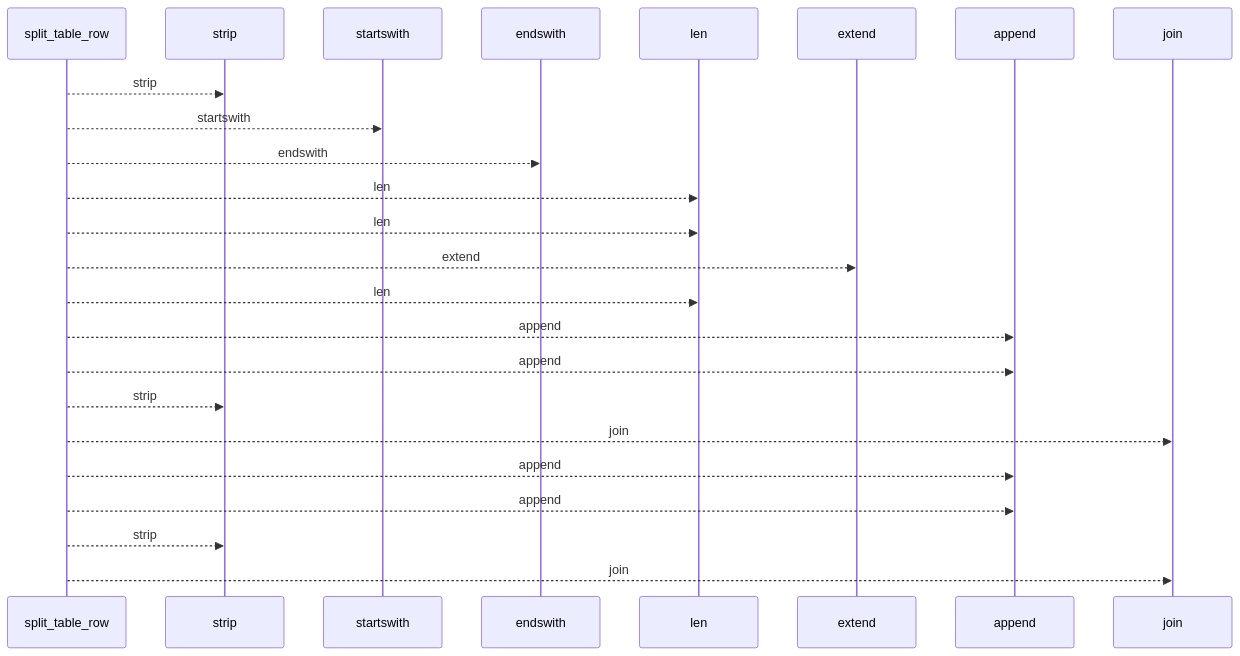
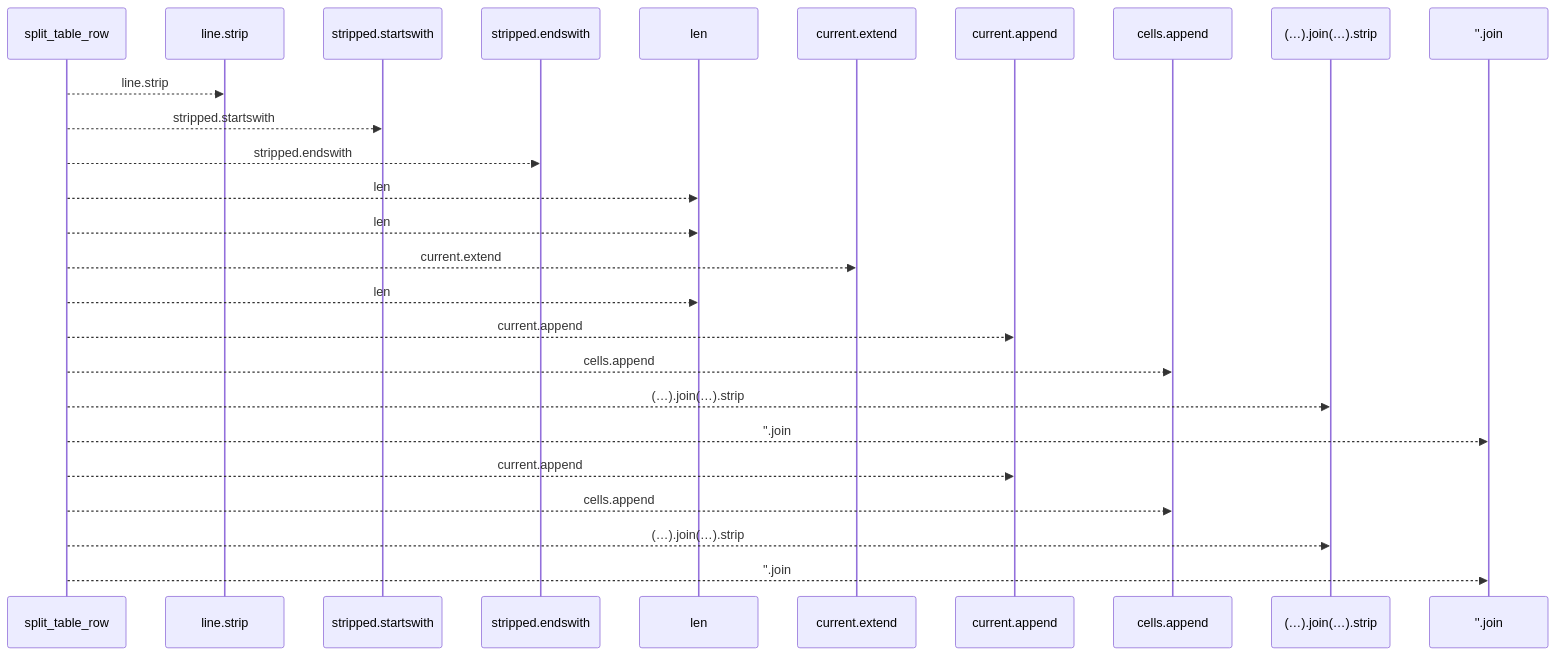
One commit to Denissvgn/python-wiki-llm changed the first of 2 diagrams in docs/llm_wiki/flows/api-split_table_row.md. Above: the diagram before and after it, drawn with Mermaid. The commit also changed other lines of this file and 719 other files, not shown here.

````diff
--- a/docs/llm_wiki/flows/api-split_table_row.md
+++ b/docs/llm_wiki/flows/api-split_table_row.md
@@ -10,26 +10,28 @@
 ```mermaid
 sequenceDiagram
     participant p0 as split_table_row
-    participant p1 as strip
-    participant p2 as startswith
-    participant p3 as endswith
+    participant p1 as line.strip
+    participant p2 as stripped.startswith
+    participant p3 as stripped.endswith
     participant p4 as len
-    participant p5 as extend
-    participant p6 as append
-    participant p7 as join
-    p0-->>p1: strip
-    p0-->>p2: startswith
-    p0-->>p3: endswith
+    participant p5 as current.extend
+    participant p6 as current.append
+    participant p7 as cells.append
+    participant p8 as (…).join(…).strip
+    participant p9 as ''.join
+    p0-->>p1: line.strip
+    p0-->>p2: stripped.startswith
+    p0-->>p3: stripped.endswith
     p0-->>p4: len
     p0-->>p4: len
-    p0-->>p5: extend
+    p0-->>p5: current.extend
     p0-->>p4: len
-    p0-->>p6: append
-    p0-->>p6: append
-    p0-->>p1: strip
-    p0-->>p7: join
-    p0-->>p6: append
-    p0-->>p6: append
-    p0-->>p1: strip
-    p0-->>p7: join
+    p0-->>p6: current.append
+    p0-->>p7: cells.append
+    p0-->>p8: (…).join(…).strip
+    p0-->>p9: ''.join
+    p0-->>p6: current.append
+    p0-->>p7: cells.append
+    p0-->>p8: (…).join(…).strip
+    p0-->>p9: ''.join
 ```
````
